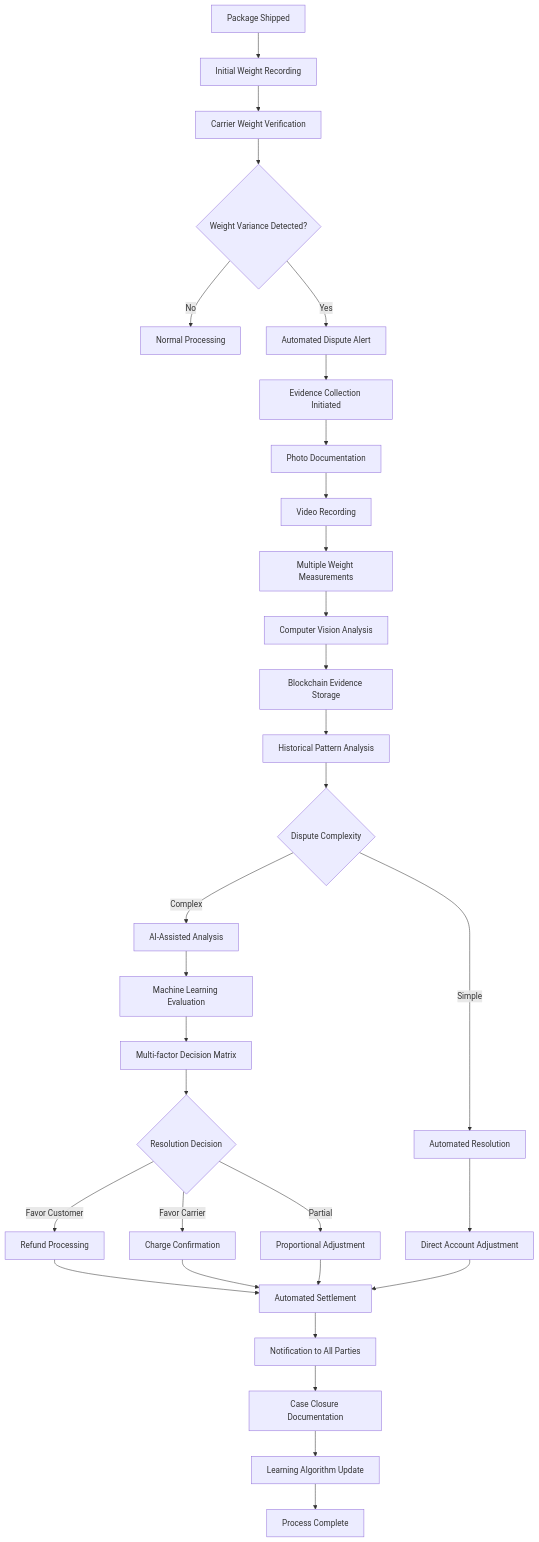
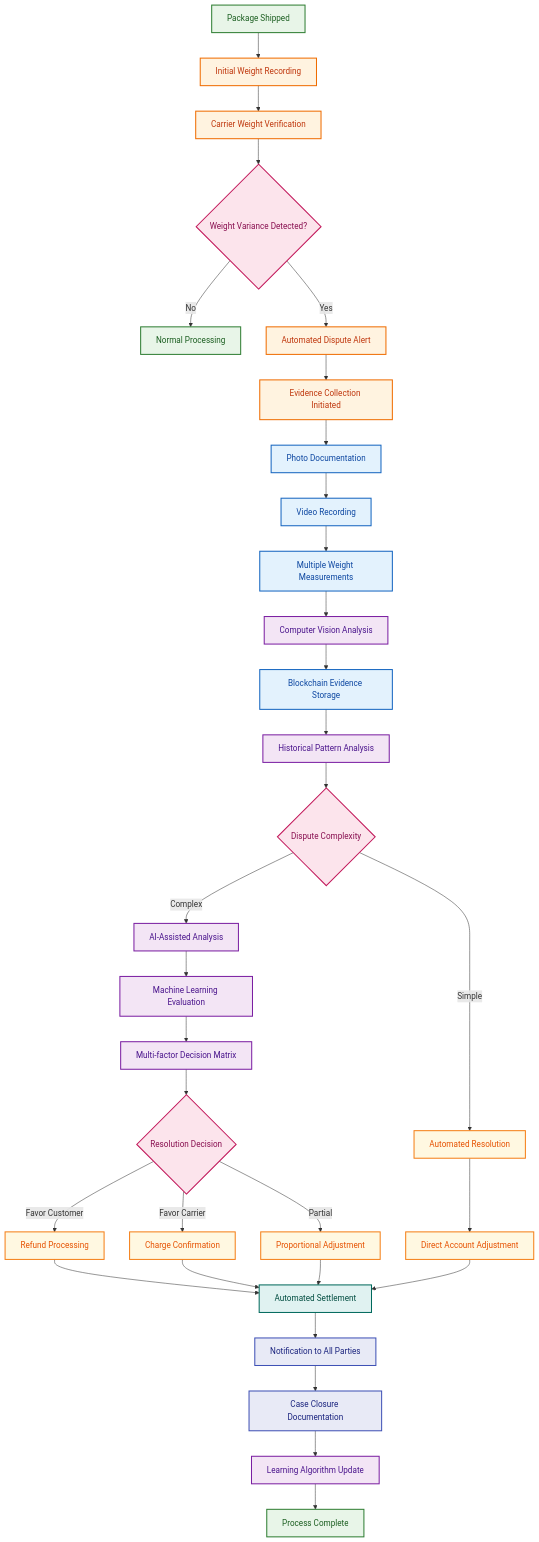
Before and after one commit to sandeepkumar0801/Digihub: the sixth of 7 diagrams in DigiHub_Readme.md, drawn with Mermaid. The commit also changed other lines of this file and 1 other file, not shown here.

````diff
--- a/DigiHub_Readme.md
+++ b/DigiHub_Readme.md
@@ -862,44 +1017,60 @@
 ```mermaid
 graph TD
     A[Package Shipped] --> B[Initial Weight Recording]
     B --> C[Carrier Weight Verification]
     C --> D{Weight Variance Detected?}
 
     D -->|No| E[Normal Processing]
     D -->|Yes| F[Automated Dispute Alert]
 
     F --> G[Evidence Collection Initiated]
     G --> H[Photo Documentation]
     H --> I[Video Recording]
     I --> J[Multiple Weight Measurements]
 
     J --> K[Computer Vision Analysis]
     K --> L[Blockchain Evidence Storage]
     L --> M[Historical Pattern Analysis]
 
     M --> N{Dispute Complexity}
     N -->|Simple| O[Automated Resolution]
     N -->|Complex| P[AI-Assisted Analysis]
 
     O --> Q[Direct Account Adjustment]
     P --> R[Machine Learning Evaluation]
     R --> S[Multi-factor Decision Matrix]
     S --> T{Resolution Decision}
 
     T -->|Favor Customer| U[Refund Processing]
     T -->|Favor Carrier| V[Charge Confirmation]
     T -->|Partial| W[Proportional Adjustment]
 
     U --> X[Automated Settlement]
     V --> X
     W --> X
     Q --> X
 
     X --> Y[Notification to All Parties]
     Y --> Z[Case Closure Documentation]
     Z --> AA[Learning Algorithm Update]
 
     AA --> BB[Process Complete]
 
+    classDef startEnd fill:#e8f5e8,stroke:#2e7d32,stroke-width:2px,color:#1b5e20
+    classDef process fill:#fff3e0,stroke:#ef6c00,stroke-width:2px,color:#bf360c
+    classDef decision fill:#fce4ec,stroke:#c2185b,stroke-width:2px,color:#880e4f
+    classDef evidence fill:#e3f2fd,stroke:#1565c0,stroke-width:2px,color:#0d47a1
+    classDef ai fill:#f3e5f5,stroke:#7b1fa2,stroke-width:2px,color:#4a148c
+    classDef resolution fill:#fff8e1,stroke:#f57f17,stroke-width:2px,color:#e65100
+    classDef financial fill:#e0f2f1,stroke:#00695c,stroke-width:2px,color:#004d40
+    classDef notification fill:#e8eaf6,stroke:#3f51b5,stroke-width:2px,color:#1a237e
 
+    class A,E,BB startEnd
+    class B,C,F,G process
+    class D,N,T decision
+    class H,I,J,L evidence
+    class K,M,P,R,S,AA ai
+    class O,Q,U,V,W resolution
+    class X financial
+    class Y,Z notification
 ```
````
